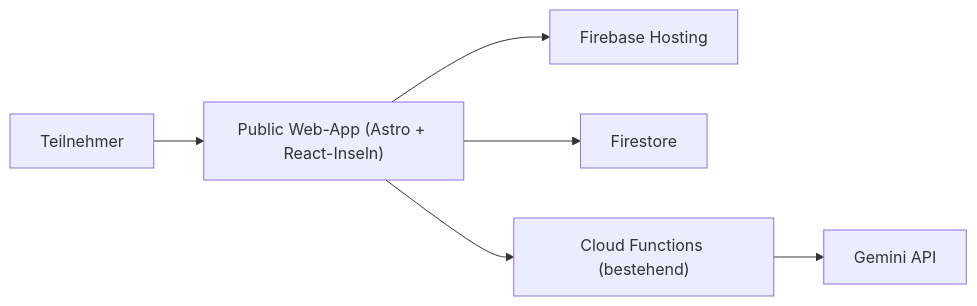
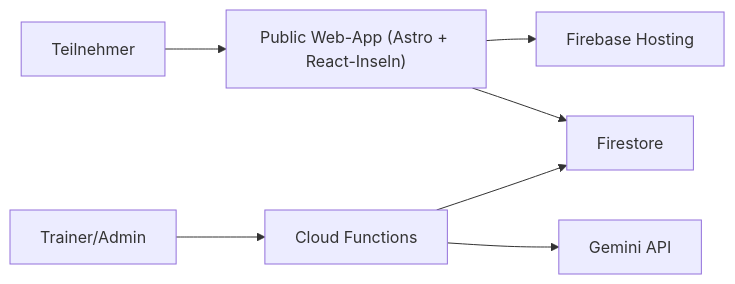
Before and after one commit to WildDragonKing/RehaSport: the diagram in docs/architektur.md, drawn with Mermaid. The commit also changed other lines of this file and 9 other files, not shown here.

````diff
--- a/docs/architektur.md
+++ b/docs/architektur.md
@@ -7,8 +7,9 @@
 ```mermaid
 flowchart LR
   U["Teilnehmer"] --> W["Public Web-App (Astro + React-Inseln)"]
   W --> H["Firebase Hosting"]
   W --> F["Firestore"]
-  W --> C["Cloud Functions (bestehend)"]
+  T["Trainer/Admin"] --> C["Cloud Functions"]
   C --> G["Gemini API"]
+  C --> F
 ```
````
